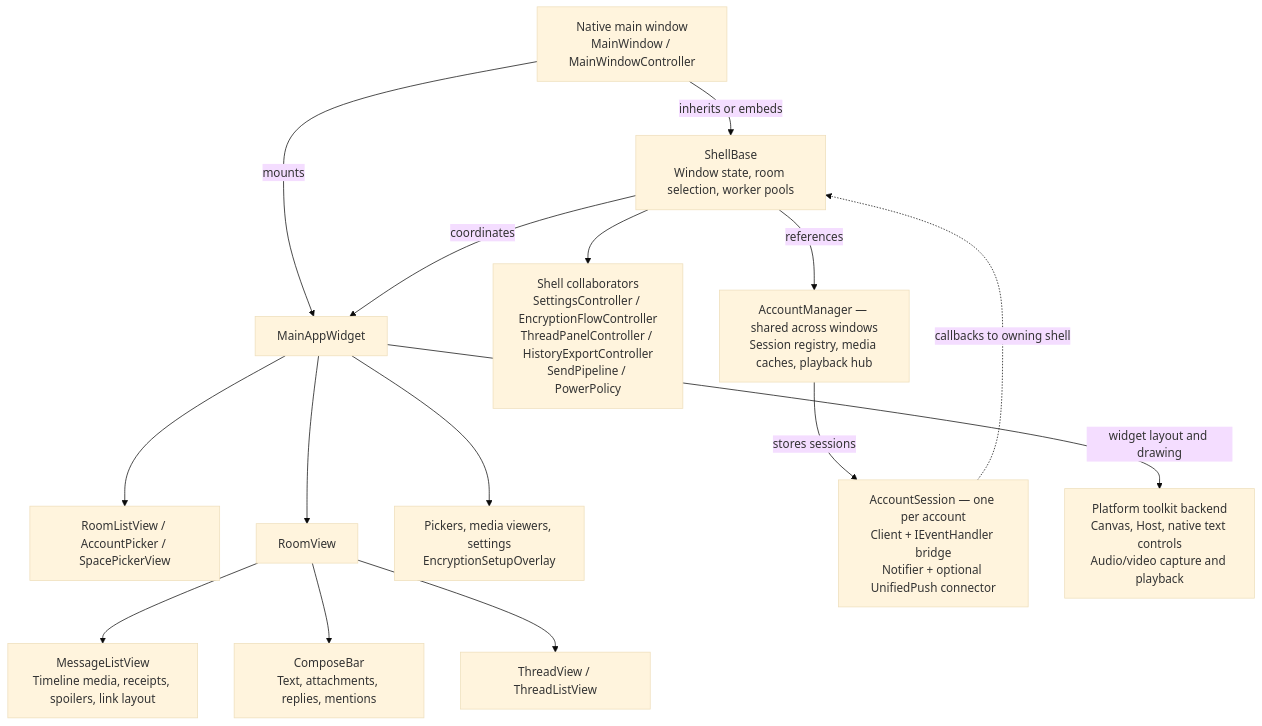
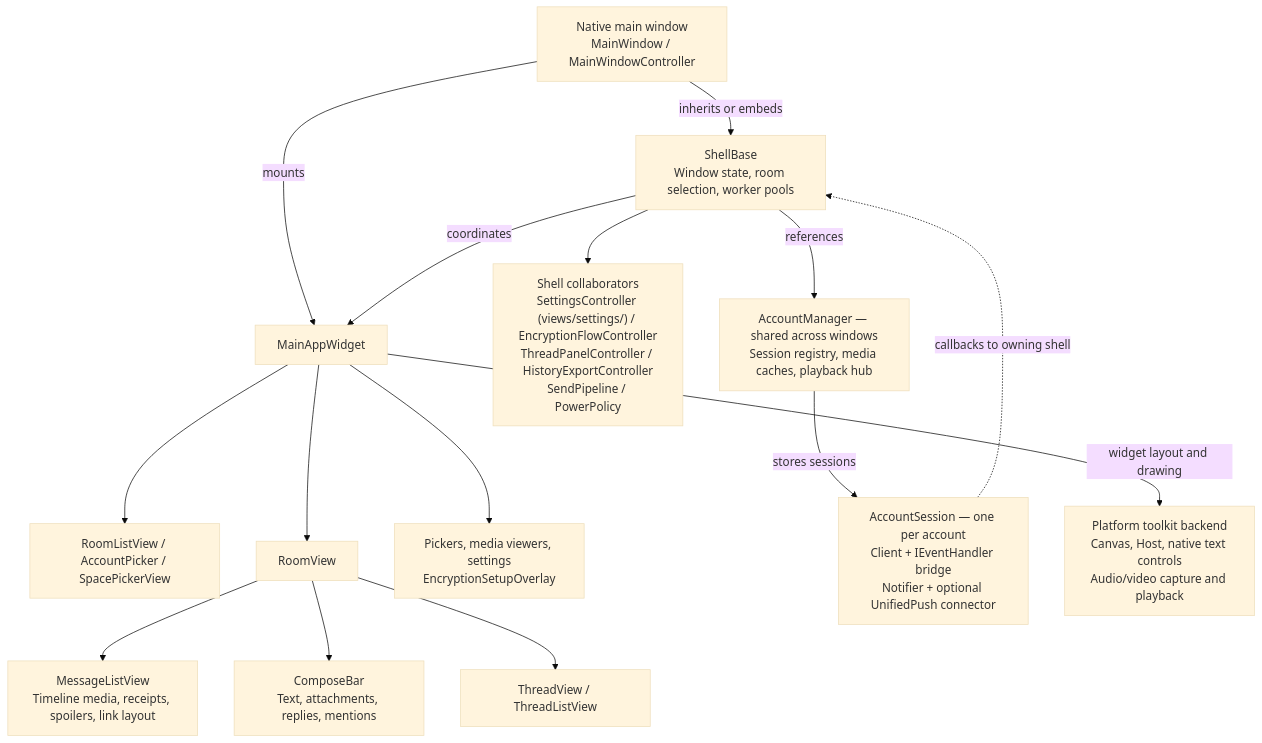
The second of 7 diagrams in ARCHITECTURE.md (surakin/tesseract), drawn with Mermaid (base theme) before and after one commit. The commit also changed other lines of this file and 13 other files, not shown here.

````diff
--- a/ARCHITECTURE.md
+++ b/ARCHITECTURE.md
@@ -93,31 +93,31 @@
 ```mermaid
 flowchart TB
     native["Native main window<br/>MainWindow / MainWindowController"]
     shell["ShellBase<br/>Window state, room selection, worker pools"]
     root["MainAppWidget"]
     sidebar["RoomListView / AccountPicker / SpacePickerView"]
     room["RoomView"]
     timeline["MessageListView<br/>Timeline media, receipts, spoilers, link layout"]
     compose["ComposeBar<br/>Text, attachments, replies, mentions"]
     thread["ThreadView / ThreadListView"]
     overlays["Pickers, media viewers, settings<br/>EncryptionSetupOverlay"]
-    controllers["Shell collaborators<br/>SettingsController / EncryptionFlowController<br/>ThreadPanelController / HistoryExportController<br/>SendPipeline / PowerPolicy"]
+    controllers["Shell collaborators<br/>SettingsController (views/settings/) / EncryptionFlowController<br/>ThreadPanelController / HistoryExportController<br/>SendPipeline / PowerPolicy"]
     manager["AccountManager — shared across windows<br/>Session registry, media caches, playback hub"]
     account["AccountSession — one per account<br/>Client + IEventHandler bridge<br/>Notifier + optional UnifiedPush connector"]
     backend["Platform toolkit backend<br/>Canvas, Host, native text controls<br/>Audio/video capture and playback"]
 
     native -->|inherits or embeds| shell
     native -->|mounts| root
     root --> sidebar
     root --> room
     room --> timeline
     room --> compose
     room --> thread
     root --> overlays
     shell -->|coordinates| root
     shell --> controllers
     shell -->|references| manager
     manager -->|stores sessions| account
     root -->|widget layout and drawing| backend
     account -.->|callbacks to owning shell| shell
 ```
````
